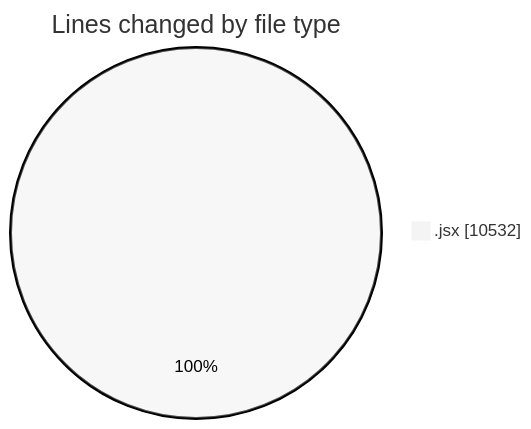
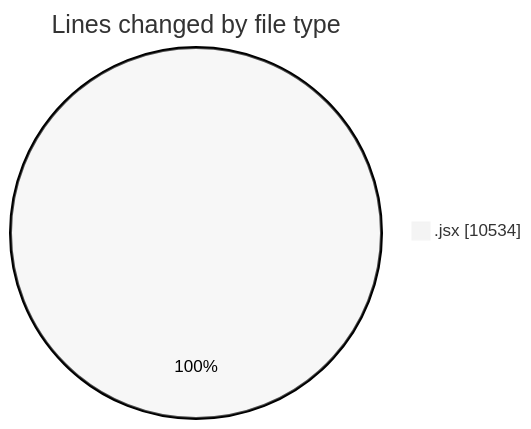
The first of 2 diagrams in 2025-05-26/nxtqube_webapp/README.md (nxtqubesakshisongat/code-tracking), drawn with Mermaid (neutral theme) before and after one commit. The commit also changed other lines of this file and 1 other file, not shown here.

````diff
--- a/2025-05-26/nxtqube_webapp/README.md
+++ b/2025-05-26/nxtqube_webapp/README.md
@@ -22,5 +22,5 @@
 ```mermaid
 pie showData
 title Lines changed by file type
-".jsx" : 10532
+".jsx" : 10534
 ```
````
